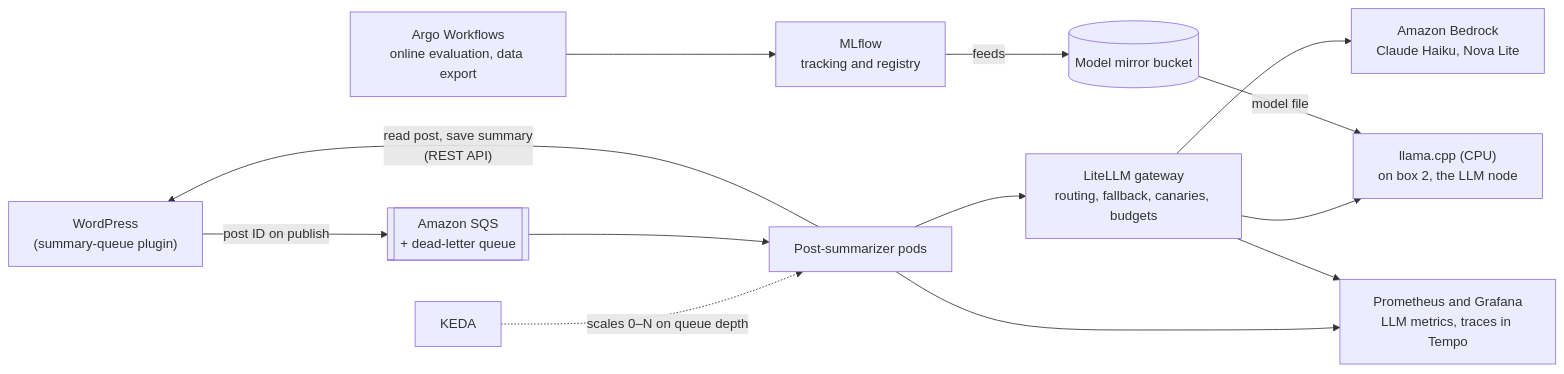
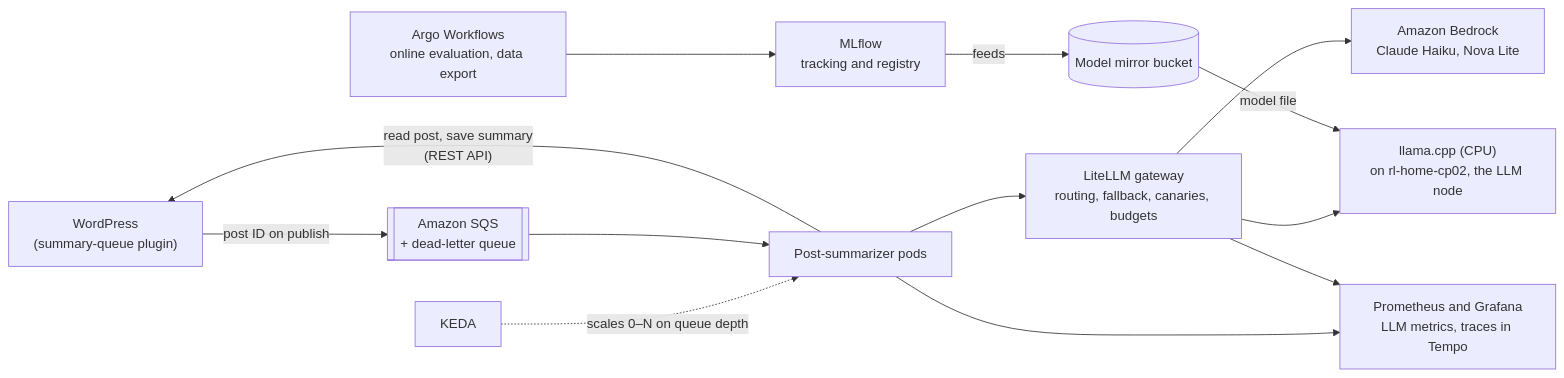
The first of 2 diagrams in docs/phase-2-ai-mlops/design.md (russetleaf/russetleaf-docs), drawn with Mermaid before and after one commit. The commit also changed other lines of this file and 33 other files, not shown here.

````diff
--- a/docs/phase-2-ai-mlops/design.md
+++ b/docs/phase-2-ai-mlops/design.md
@@ -21,15 +21,15 @@
 ```mermaid
 flowchart LR
   wp["WordPress<br/>(summary-queue plugin)"] -->|"post ID on publish"| sqs[["Amazon SQS<br/>+ dead-letter queue"]]
   keda["KEDA"] -.->|"scales 0–N on queue depth"| sum
   sqs --> sum["Post-summarizer pods"]
   sum -->|"read post, save summary<br/>(REST API)"| wp
   sum --> gw["LiteLLM gateway<br/>routing, fallback, canaries, budgets"]
   gw --> bedrock["Amazon Bedrock<br/>Claude Haiku, Nova Lite"]
-  gw --> llama["llama.cpp (CPU)<br/>on box 2, the LLM node"]
+  gw --> llama["llama.cpp (CPU)<br/>on rl-home-cp02, the LLM node"]
   mirror[("Model mirror bucket")] -->|"model file"| llama
   mlflow["MLflow<br/>tracking and registry"] -->|"feeds"| mirror
   wf["Argo Workflows<br/>online evaluation, data export"] --> mlflow
   sum --> prom["Prometheus and Grafana<br/>LLM metrics, traces in Tempo"]
   gw --> prom
 ```
````
